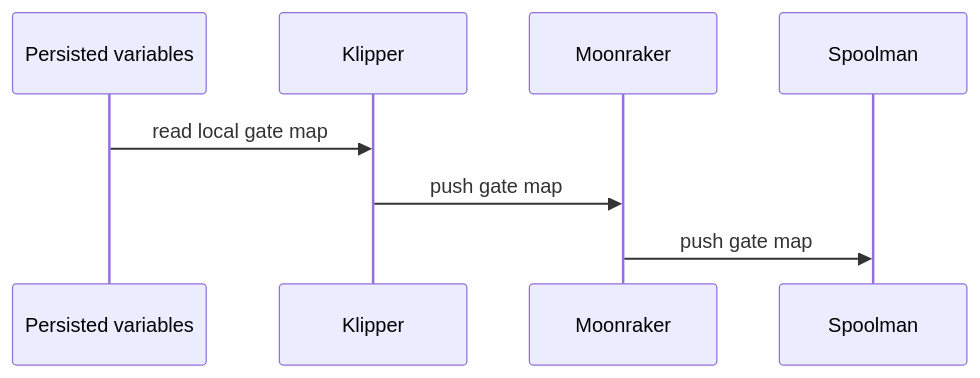
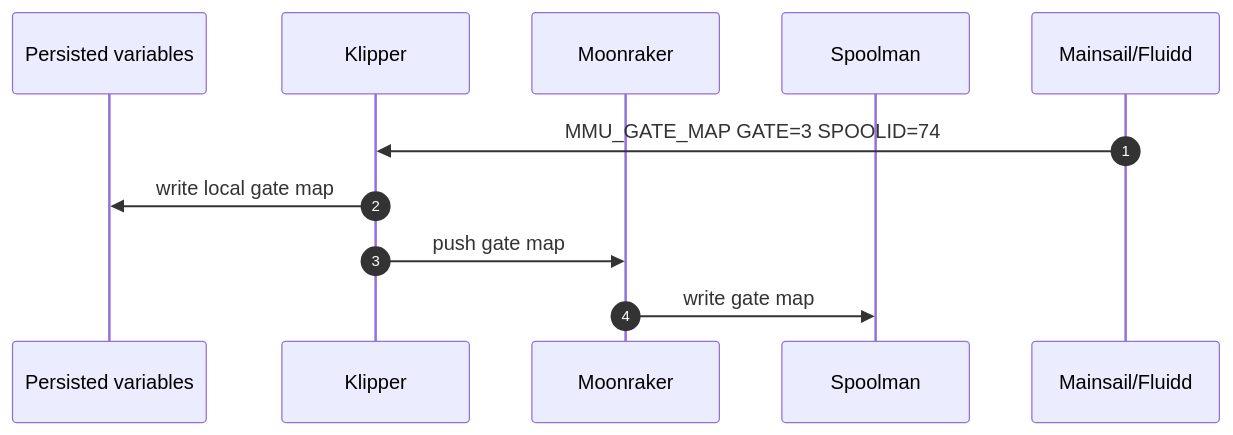
One commit to 3DCoded/Happy-Hare changed the second of 6 diagrams in Spoolman-Support.md. Above: the diagram before and after it, drawn with Mermaid. The commit also changed other lines of this file, not shown here.

Commit message:
updated sequence diagrams

````diff
--- a/Spoolman-Support.md
+++ b/Spoolman-Support.md
@@ -76,11 +95,14 @@
 ```mermaid
 sequenceDiagram
+    autonumber
     participant L as Persisted variables
     participant K as Klipper
     participant M as Moonraker
     participant S as Spoolman
+    participant MF as Mainsail/Fluidd
 
-    L->>K: read local gate map
+    MF->>K: MMU_GATE_MAP GATE=3 SPOOLID=74
+    K->>L: write local gate map
     K->>M: push gate map
-    M->>S: push gate map
+    M->>S: write gate map
 ```
````
